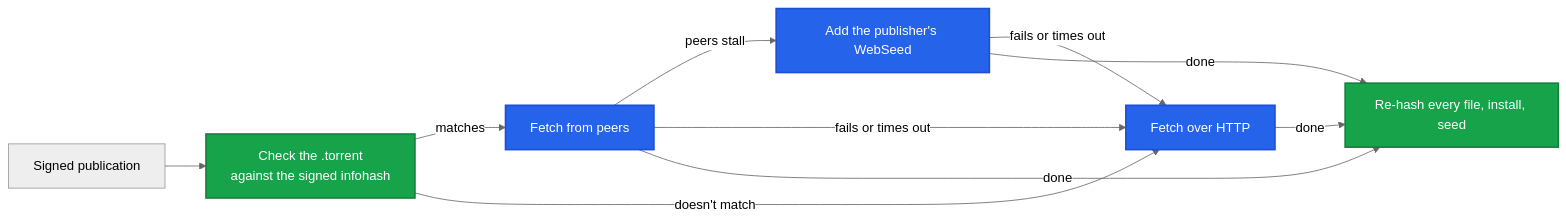
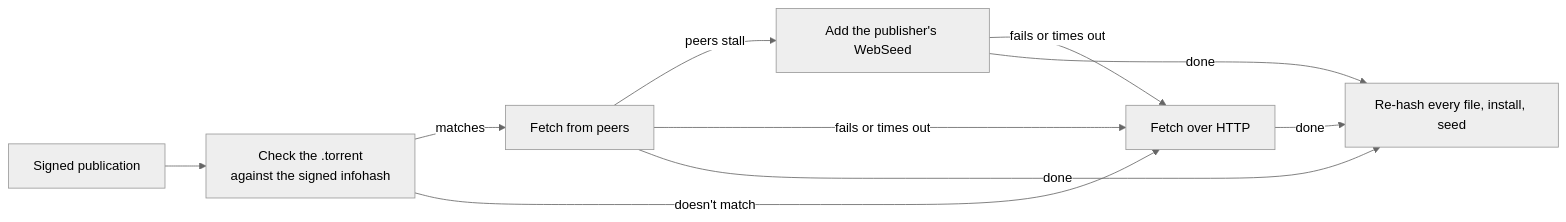
The second of 2 diagrams in content/learn/gateways/index-sharing.mdx (ar-io/docs), drawn with Mermaid (neutral theme) before and after one commit. The commit also changed 9 other files, not shown here.

First line of the commit message:
feat(docs): legible, on-brand diagrams

````diff
--- a/content/learn/gateways/index-sharing.mdx
+++ b/content/learn/gateways/index-sharing.mdx
@@ -71,18 +71,16 @@
 ```mermaid
 flowchart LR
     A[Signed publication] --> T[Check the .torrent<br/>against the signed infohash]
     T -- matches --> B[Fetch from peers]
     T -- doesn't match --> D
     B -- peers stall --> C[Add the publisher's WebSeed]
     B -- fails or times out --> D[Fetch over HTTP]
     C -- fails or times out --> D
     B -- done --> E[Re-hash every file, install, seed]
     C -- done --> E
     D -- done --> E
 
-    classDef source fill:#2563eb,stroke:#1d4ed8,stroke-width:2px,color:#fff
-    classDef process fill:#16a34a,stroke:#15803d,stroke-width:2px,color:#fff
 
-    class B,C,D source
-    class T,E process
+    class B,C,D dg-soft
+    class T,E dg-strong
 ```
````
